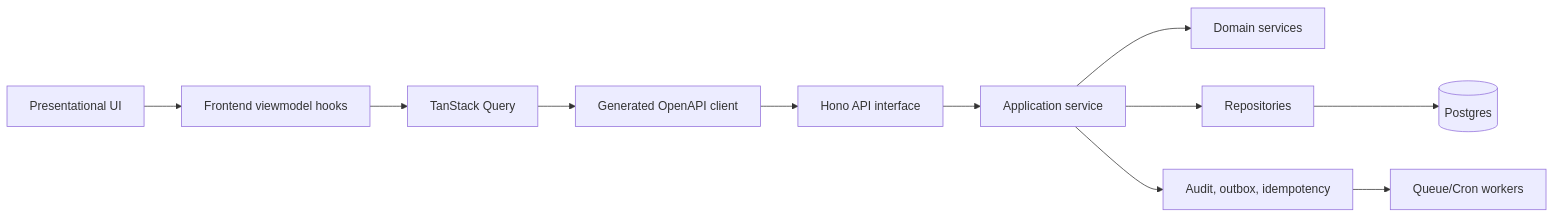
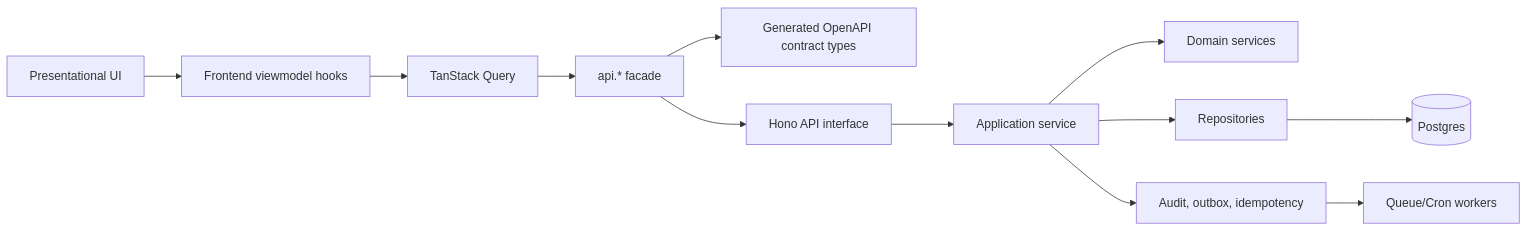
One commit to perrywangzm/goldenyears-server changed the diagram in 00-overall-plan.md. Above: the diagram before and after it, drawn with Mermaid. The commit also changed other lines of this file and 14 other files, not shown here.

````diff
--- a/00-overall-plan.md
+++ b/00-overall-plan.md
@@ -9,13 +9,14 @@
 ```mermaid
 flowchart LR
     UI["Presentational UI"] --> VM["Frontend viewmodel hooks"]
     VM --> Query["TanStack Query"]
-    Query --> Client["Generated OpenAPI client"]
-    Client --> API["Hono API interface"]
+    Query --> Facade["api.* facade"]
+    Facade --> Contracts["Generated OpenAPI contract types"]
+    Facade --> API["Hono API interface"]
     API --> Service["Application service"]
     Service --> Domain["Domain services"]
     Service --> Repo["Repositories"]
     Repo --> DB[("Postgres")]
     Service --> Outbox["Audit, outbox, idempotency"]
     Outbox --> Queue["Queue/Cron workers"]
 ```
````
